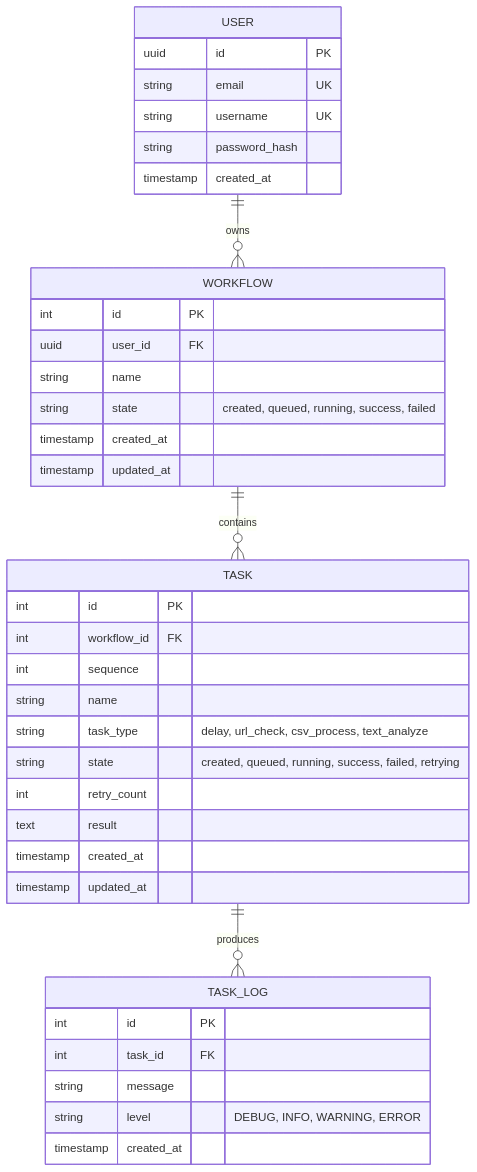
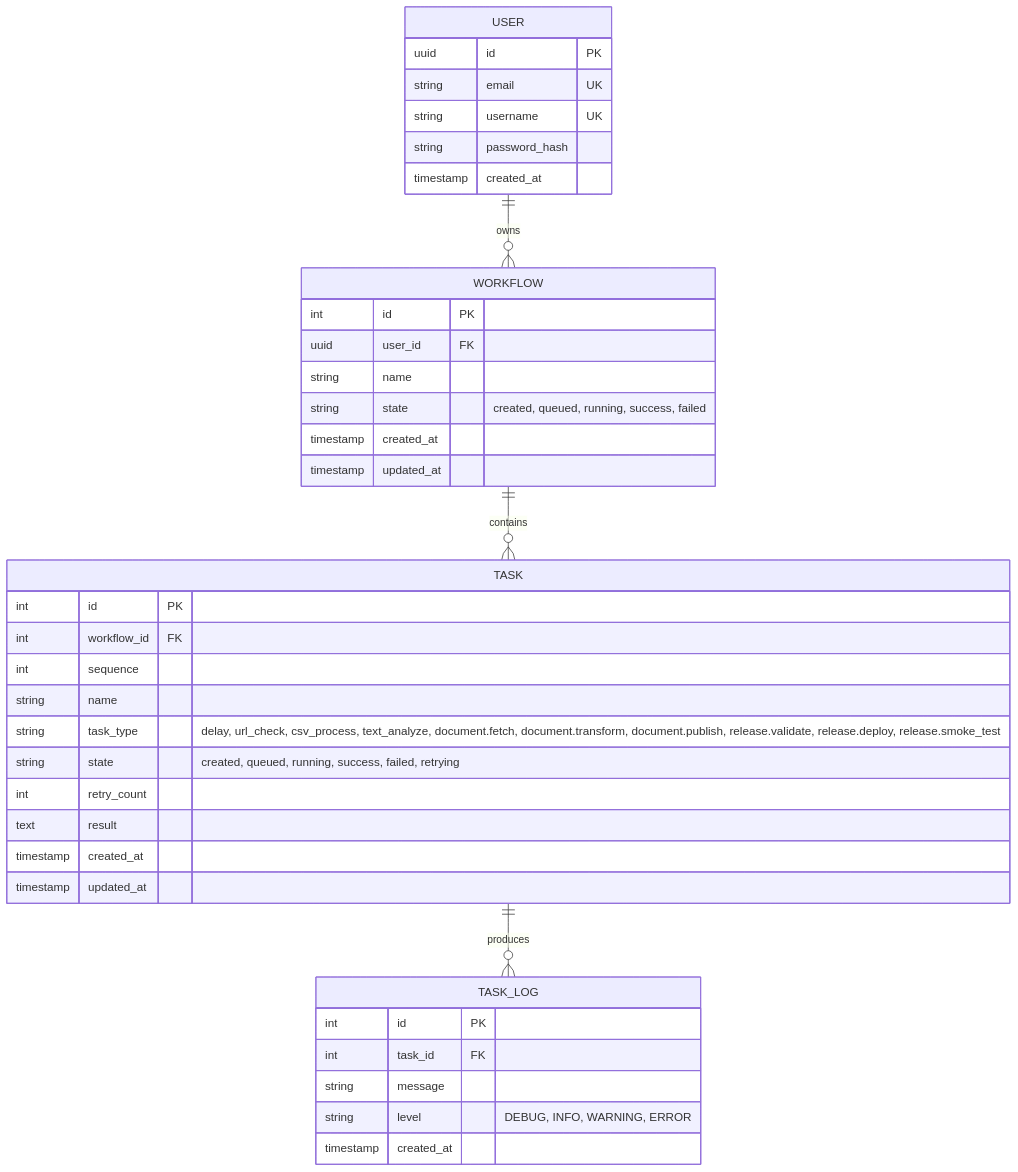
One commit to aryan-p03/distributed-workflow-orchestrator changed the diagram in docs/schema.md. Above: the diagram before and after it, drawn with Mermaid. The commit also changed other lines of this file, not shown here.

Commit message:
docs(schema): document template task types supported by workers

````diff
--- a/docs/schema.md
+++ b/docs/schema.md
@@ -5,44 +5,44 @@
 ```mermaid
 erDiagram
     USER ||--o{ WORKFLOW : owns
     WORKFLOW ||--o{ TASK : contains
     TASK ||--o{ TASK_LOG : produces
 
     USER {
         uuid id PK
         string email UK
         string username UK
         string password_hash
         timestamp created_at
     }
 
     WORKFLOW {
         int id PK
         uuid user_id FK
         string name
         string state "created, queued, running, success, failed"
         timestamp created_at
         timestamp updated_at
     }
 
     TASK {
         int id PK
         int workflow_id FK
         int sequence
         string name
-        string task_type "delay, url_check, csv_process, text_analyze"
+        string task_type "delay, url_check, csv_process, text_analyze, document.fetch, document.transform, document.publish, release.validate, release.deploy, release.smoke_test"
         string state "created, queued, running, success, failed, retrying"
         int retry_count
         text result
         timestamp created_at
         timestamp updated_at
     }
 
     TASK_LOG {
         int id PK
         int task_id FK
         string message
         string level "DEBUG, INFO, WARNING, ERROR"
         timestamp created_at
     }
 ```
````
